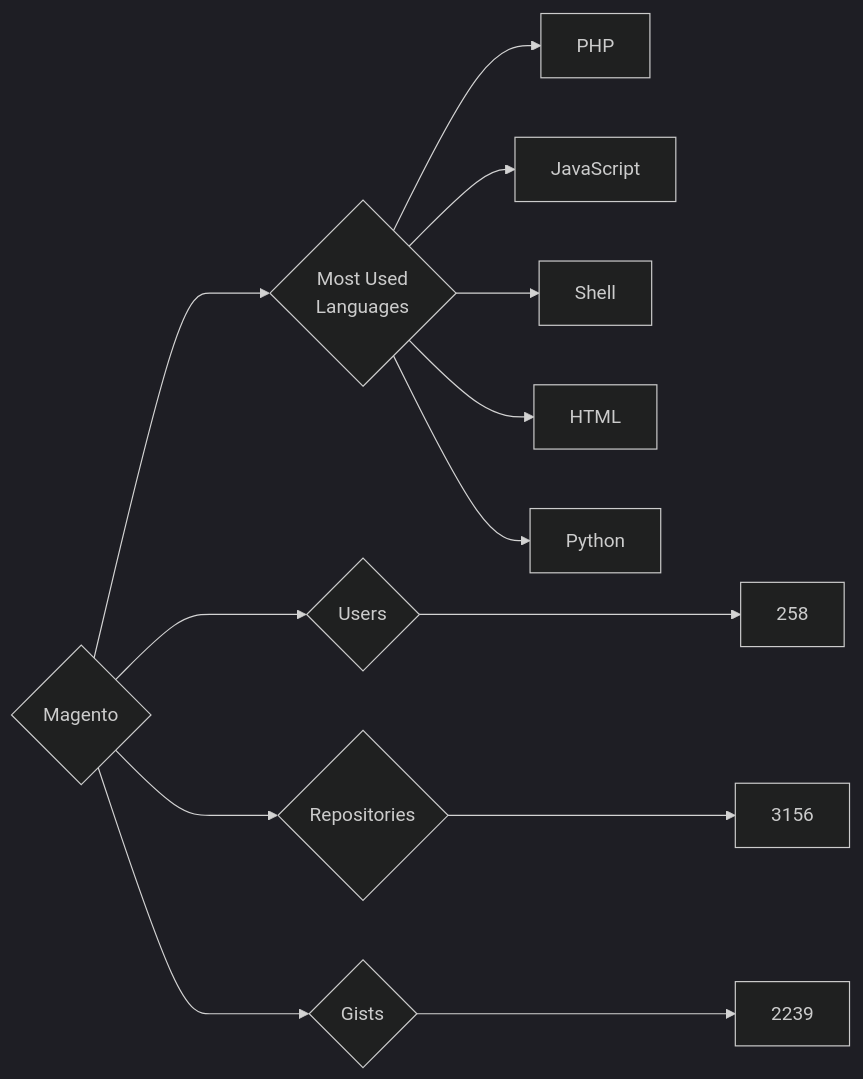
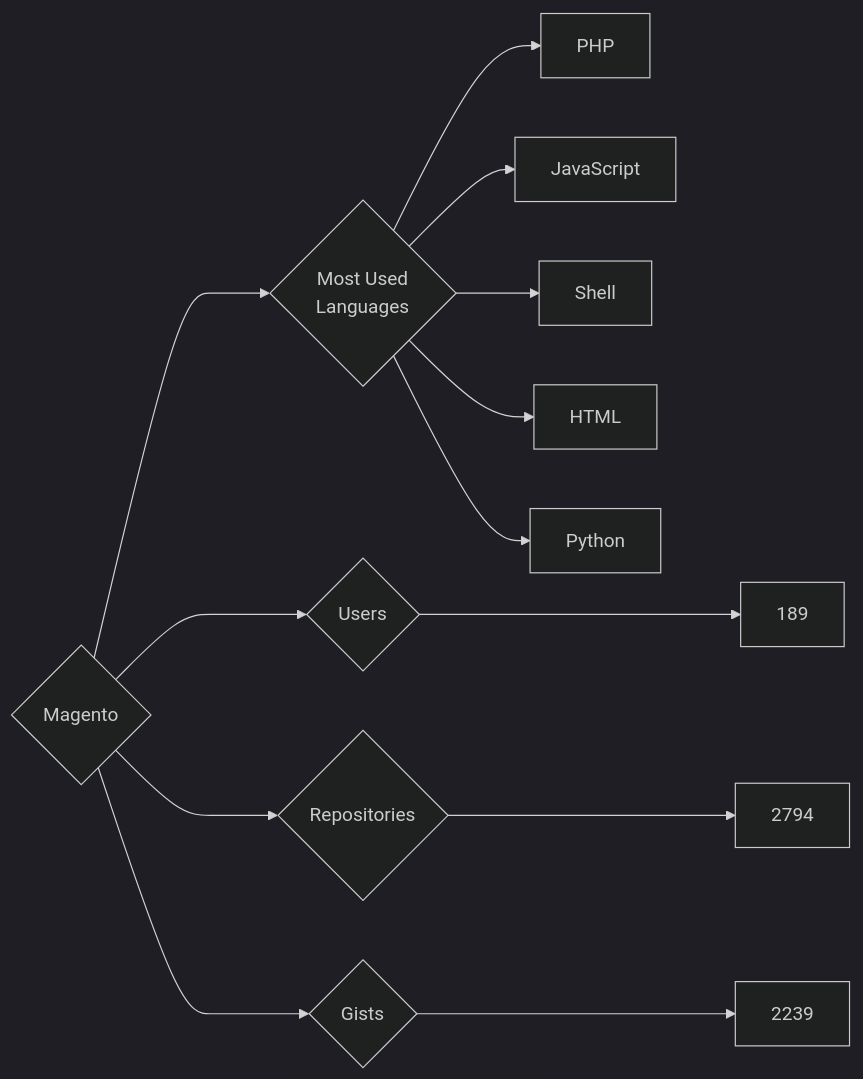
Before and after one commit to trickest/insiders: the diagram in targets/Magento/README.md, drawn with Mermaid (dark theme). The commit also changed 870 other files, not shown here.

````diff
--- a/targets/Magento/README.md
+++ b/targets/Magento/README.md
@@ -3,13 +3,13 @@
 ```mermaid
 graph LR
 COMPANY_NAME{Magento}
-COMPANY_NAME ---> U{Users} ---> UN[258]
-COMPANY_NAME ---> R{Repositories} ---> RN[3156]
+COMPANY_NAME ---> U{Users} ---> UN[189]
+COMPANY_NAME ---> R{Repositories} ---> RN[2794]
 COMPANY_NAME ---> G{Gists} ---> GN[2239]
 COMPANY_NAME ---> ML{Most Used<br>Languages}
 ML --> PHP[PHP]
 ML --> JavaScript[JavaScript]
 ML --> Shell[Shell]
 ML --> HTML[HTML]
 ML --> Python[Python]
 ```
````
